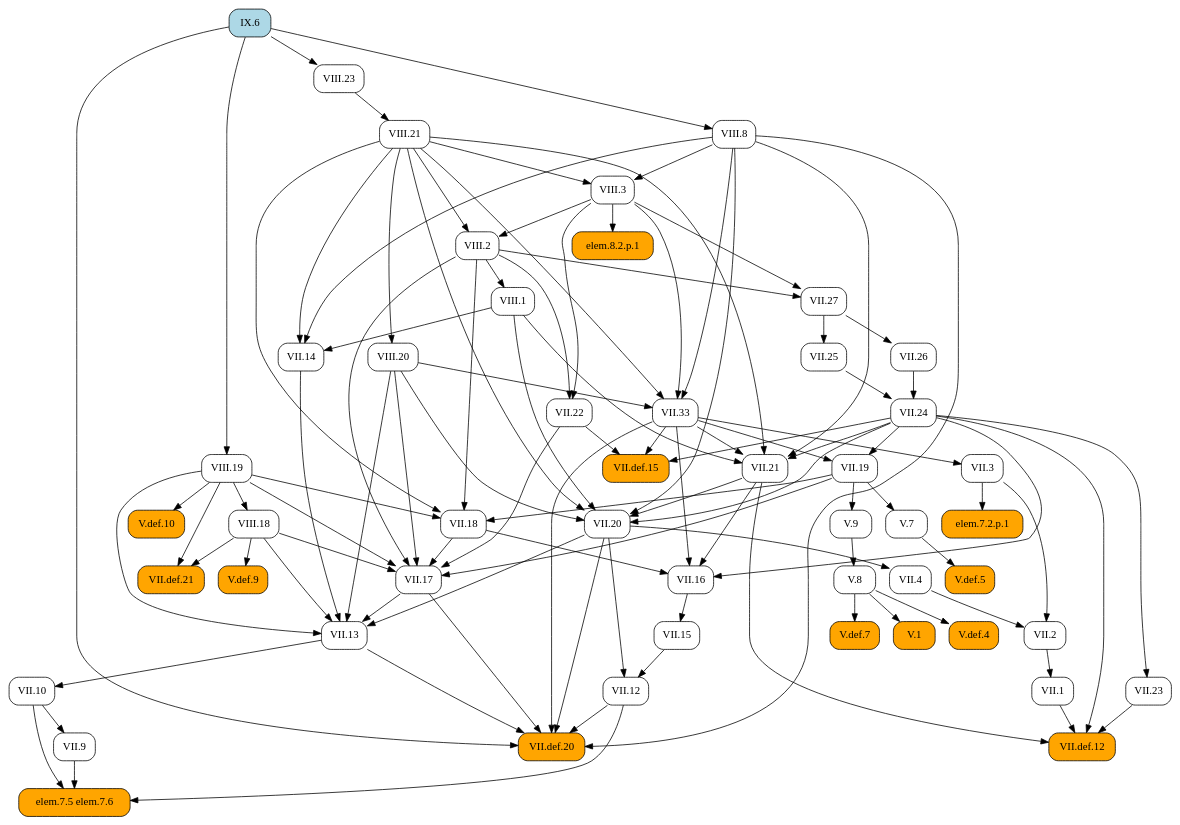
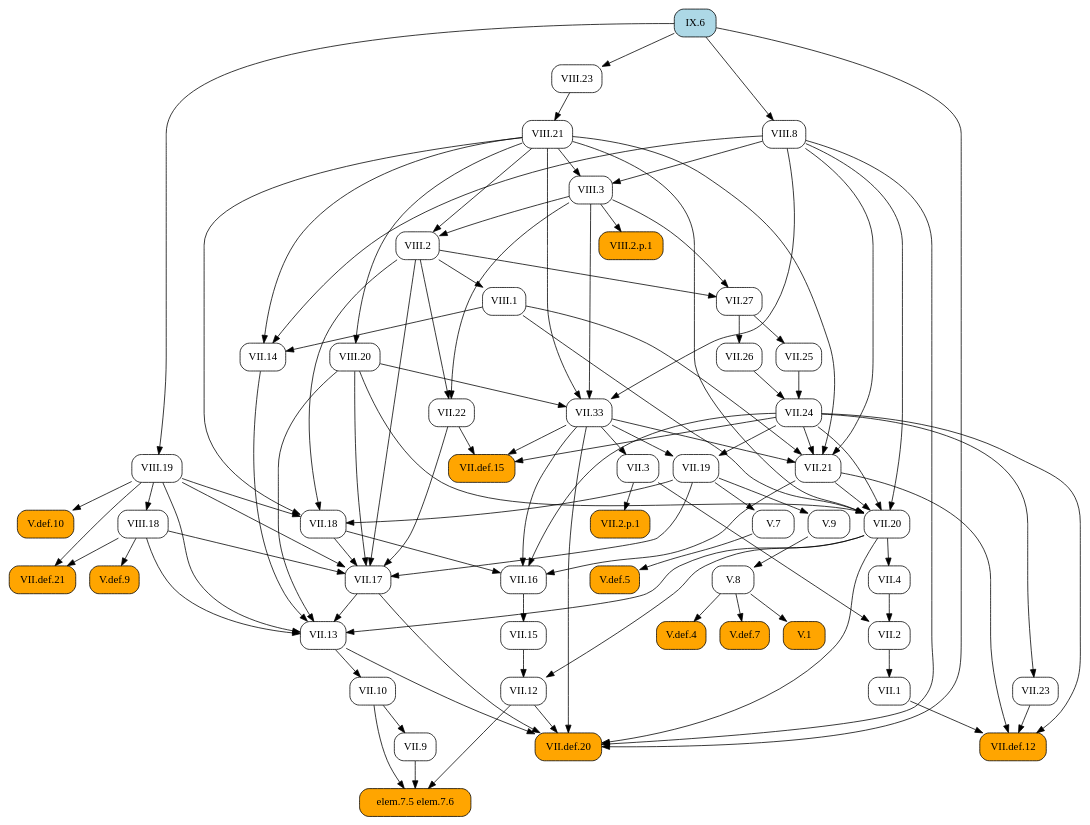
One commit to geometor/elements changed the diagram in docsrc/heath/IX/6/index.rst. Above: the diagram before and after it, drawn with Graphviz. The commit also changed 484 other files, not shown here.

```diff
--- a/docsrc/heath/IX/6/index.rst
+++ b/docsrc/heath/IX/6/index.rst
@@ -54,60 +54,96 @@
    digraph {
      rankdir="TB";
      node [shape=box, style=rounded];
-     "VII.1" [URL="/heath/VII/1/", target="_top"];
-     "V.def.10" [style="rounded,filled", fillcolor=orange, URL="/heath/V/def.10/", target="_top"];
+     "VII.33" [URL="/heath/VII/33/", target="_top"];
+     "VII.12" [URL="/heath/VII/12/", target="_top"];
+     "elem.7.5 elem.7.6" [style="rounded,filled", fillcolor=orange];
+     "VIII.20" [URL="/heath/VIII/20/", target="_top"];
      "VII.9" [URL="/heath/VII/9/", target="_top"];
+     "VIII.2" [URL="/heath/VIII/2/", target="_top"];
+     "VII.18" [URL="/heath/VII/18/", target="_top"];
+     "VII.16" [URL="/heath/VII/16/", target="_top"];
+     "V.7" [URL="/heath/V/7/", target="_top"];
+     "VII.26" [URL="/heath/VII/26/", target="_top"];
      "V.def.5" [style="rounded,filled", fillcolor=orange, URL="/heath/V/def.5/", target="_top"];
+     "V.9" [URL="/heath/V/9/", target="_top"];
+     "VIII.8" [URL="/heath/VIII/8/", target="_top"];
+     "VII.10" [URL="/heath/VII/10/", target="_top"];
+     "VIII.3" [URL="/heath/VIII/3/", target="_top"];
+     "VII.13" [URL="/heath/VII/13/", target="_top"];
+     "VIII.18" [URL="/heath/VIII/18/", target="_top"];
      "VIII.23" [URL="/heath/VIII/23/", target="_top"];
+     "VII.def.15" [style="rounded,filled", fillcolor=orange, URL="/heath/VII/def.15/", target="_top"];
+     "VIII.19" [URL="/heath/VIII/19/", target="_top"];
      "VII.17" [URL="/heath/VII/17/", target="_top"];
-     "VII.3" [URL="/heath/VII/3/", target="_top"];
-     "elem.7.5 elem.7.6" [style="rounded,filled", fillcolor=orange];
-     "VII.def.21" [style="rounded,filled", fillcolor=orange, URL="/heath/VII/def.21/", target="_top"];
+     "VII.19" [URL="/heath/VII/19/", target="_top"];
+     "VIII.2.p.1" [style="rounded,filled", fillcolor=orange];
+     "VII.2" [URL="/heath/VII/2/", target="_top"];
+     "VII.def.20" [style="rounded,filled", fillcolor=orange, URL="/heath/VII/def.20/", target="_top"];
+     "VII.2.p.1" [style="rounded,filled", fillcolor=orange];
+     "VII.15" [URL="/heath/VII/15/", target="_top"];
+     "V.def.4" [style="rounded,filled", fillcolor=orange, URL="/heath/V/def.4/", target="_top"];
+     "V.def.7" [style="rounded,filled", fillcolor=orange, URL="/heath/V/def.7/", target="_top"];
      "VIII.21" [URL="/heath/VIII/21/", target="_top"];
-     "V.7" [URL="/heath/V/7/", target="_top"];
-     "VIII.19" [URL="/heath/VIII/19/", target="_top"];
-     "V.9" [URL="/heath/V/9/", target="_top"];
-     "VII.13" [URL="/heath/VII/13/", target="_top"];
-     "VII.2" [URL="/heath/VII/2/", target="_top"];
-     "VIII.1" [URL="/heath/VIII/1/", target="_top"];
-     "VIII.2" [URL="/heath/VIII/2/", target="_top"];
-     "VII.12" [URL="/heath/VII/12/", target="_top"];
-     "VII.24" [URL="/heath/VII/24/", target="_top"];
-     "VII.def.12" [style="rounded,filled", fillcolor=orange, URL="/heath/VII/def.12/", target="_top"];
-     "V.8" [URL="/heath/V/8/", target="_top"];
-     "VII.33" [URL="/heath/VII/33/", target="_top"];
-     "V.def.9" [style="rounded,filled", fillcolor=orange, URL="/heath/V/def.9/", target="_top"];
-     "elem.7.2.p.1" [style="rounded,filled", fillcolor=orange];
-     "VIII.18" [URL="/heath/VIII/18/", target="_top"];
-     "VII.10" [URL="/heath/VII/10/", target="_top"];
-     "VII.def.15" [style="rounded,filled", fillcolor=orange, URL="/heath/VII/def.15/", target="_top"];
-     "VII.18" [URL="/heath/VII/18/", target="_top"];
-     "VII.19" [URL="/heath/VII/19/", target="_top"];
-     "VII.16" [URL="/heath/VII/16/", target="_top"];
-     "VII.26" [URL="/heath/VII/26/", target="_top"];
-     "VII.4" [URL="/heath/VII/4/", target="_top"];
-     "VII.25" [URL="/heath/VII/25/", target="_top"];
-     "VII.21" [URL="/heath/VII/21/", target="_top"];
-     "V.1" [style="rounded,filled", fillcolor=orange, URL="/heath/V/1/", target="_top"];
-     "IX.6" [style="rounded,filled", fillcolor=lightblue, URL="/heath/IX/6/", target="_top"];
-     "VII.20" [URL="/heath/VII/20/", target="_top"];
-     "VIII.8" [URL="/heath/VIII/8/", target="_top"];
      "VII.14" [URL="/heath/VII/14/", target="_top"];
      "VII.27" [URL="/heath/VII/27/", target="_top"];
-     "VIII.3" [URL="/heath/VIII/3/", target="_top"];
-     "V.def.4" [style="rounded,filled", fillcolor=orange, URL="/heath/V/def.4/", target="_top"];
+     "VII.21" [URL="/heath/VII/21/", target="_top"];
+     "V.def.10" [style="rounded,filled", fillcolor=orange, URL="/heath/V/def.10/", target="_top"];
      "VII.22" [URL="/heath/VII/22/", target="_top"];
-     "VIII.20" [URL="/heath/VIII/20/", target="_top"];
-     "V.def.7" [style="rounded,filled", fillcolor=orange, URL="/heath/V/def.7/", target="_top"];
+     "VIII.1" [URL="/heath/VIII/1/", target="_top"];
+     "VII.25" [URL="/heath/VII/25/", target="_top"];
+     "VII.1" [URL="/heath/VII/1/", target="_top"];
+     "V.8" [URL="/heath/V/8/", target="_top"];
      "VII.23" [URL="/heath/VII/23/", target="_top"];
-     "VII.15" [URL="/heath/VII/15/", target="_top"];
-     "VII.def.20" [style="rounded,filled", fillcolor=orange, URL="/heath/VII/def.20/", target="_top"];
-     "elem.8.2.p.1" [style="rounded,filled", fillcolor=orange];
-     "VII.2" -> "VII.1";
-     "VIII.19" -> "V.def.10";
+     "VII.4" [URL="/heath/VII/4/", target="_top"];
+     "VII.def.12" [style="rounded,filled", fillcolor=orange, URL="/heath/VII/def.12/", target="_top"];
+     "V.1" [style="rounded,filled", fillcolor=orange, URL="/heath/V/1/", target="_top"];
+     "V.def.9" [style="rounded,filled", fillcolor=orange, URL="/heath/V/def.9/", target="_top"];
+     "VII.3" [URL="/heath/VII/3/", target="_top"];
+     "VII.24" [URL="/heath/VII/24/", target="_top"];
+     "VII.20" [URL="/heath/VII/20/", target="_top"];
+     "VII.def.21" [style="rounded,filled", fillcolor=orange, URL="/heath/VII/def.21/", target="_top"];
+     "IX.6" [style="rounded,filled", fillcolor=lightblue, URL="/heath/IX/6/", target="_top"];
+     "VIII.3" -> "VII.33";
+     "VIII.8" -> "VII.33";
+     "VIII.20" -> "VII.33";
+     "VIII.21" -> "VII.33";
+     "VII.15" -> "VII.12";
+     "VII.20" -> "VII.12";
+     "VII.9" -> "elem.7.5 elem.7.6";
+     "VII.10" -> "elem.7.5 elem.7.6";
+     "VII.12" -> "elem.7.5 elem.7.6";
+     "VIII.21" -> "VIII.20";
      "VII.10" -> "VII.9";
+     "VIII.3" -> "VIII.2";
+     "VIII.21" -> "VIII.2";
+     "VII.19" -> "VII.18";
+     "VIII.2" -> "VII.18";
+     "VIII.19" -> "VII.18";
+     "VIII.21" -> "VII.18";
+     "VII.18" -> "VII.16";
+     "VII.21" -> "VII.16";
+     "VII.24" -> "VII.16";
+     "VII.33" -> "VII.16";
+     "VII.19" -> "V.7";
+     "VII.27" -> "VII.26";
      "V.7" -> "V.def.5";
+     "VII.19" -> "V.9";
+     "IX.6" -> "VIII.8";
+     "VII.13" -> "VII.10";
+     "VIII.8" -> "VIII.3";
+     "VIII.21" -> "VIII.3";
+     "VII.14" -> "VII.13";
+     "VII.17" -> "VII.13";
+     "VII.20" -> "VII.13";
+     "VIII.18" -> "VII.13";
+     "VIII.19" -> "VII.13";
+     "VIII.20" -> "VII.13";
+     "VIII.19" -> "VIII.18";
      "IX.6" -> "VIII.23";
+     "VII.22" -> "VII.def.15";
+     "VII.24" -> "VII.def.15";
+     "VII.33" -> "VII.def.15";
+     "IX.6" -> "VIII.19";
      "VII.18" -> "VII.17";
      "VII.19" -> "VII.17";
      "VII.22" -> "VII.17";
@@ -115,87 +151,11 @@
      "VIII.18" -> "VII.17";
      "VIII.19" -> "VII.17";
      "VIII.20" -> "VII.17";
-     "VII.33" -> "VII.3";
-     "VII.9" -> "elem.7.5 elem.7.6";
-     "VII.10" -> "elem.7.5 elem.7.6";
-     "VII.12" -> "elem.7.5 elem.7.6";
-     "VIII.18" -> "VII.def.21";
-     "VIII.19" -> "VII.def.21";
-     "VIII.23" -> "VIII.21";
-     "VII.19" -> "V.7";
-     "IX.6" -> "VIII.19";
-     "VII.19" -> "V.9";
-     "VII.14" -> "VII.13";
-     "VII.17" -> "VII.13";
-     "VII.20" -> "VII.13";
-     "VIII.18" -> "VII.13";
-     "VIII.19" -> "VII.13";
-     "VIII.20" -> "VII.13";
+     "VII.24" -> "VII.19";
+     "VII.33" -> "VII.19";
+     "VIII.3" -> "VIII.2.p.1";
      "VII.3" -> "VII.2";
      "VII.4" -> "VII.2";
-     "VIII.2" -> "VIII.1";
-     "VIII.3" -> "VIII.2";
-     "VIII.21" -> "VIII.2";
-     "VII.15" -> "VII.12";
-     "VII.20" -> "VII.12";
-     "VII.25" -> "VII.24";
-     "VII.26" -> "VII.24";
-     "VII.1" -> "VII.def.12";
-     "VII.21" -> "VII.def.12";
-     "VII.23" -> "VII.def.12";
-     "VII.24" -> "VII.def.12";
-     "V.9" -> "V.8";
-     "VIII.3" -> "VII.33";
-     "VIII.8" -> "VII.33";
-     "VIII.20" -> "VII.33";
-     "VIII.21" -> "VII.33";
-     "VIII.18" -> "V.def.9";
-     "VII.3" -> "elem.7.2.p.1";
-     "VIII.19" -> "VIII.18";
-     "VII.13" -> "VII.10";
-     "VII.22" -> "VII.def.15";
-     "VII.24" -> "VII.def.15";
-     "VII.33" -> "VII.def.15";
-     "VII.19" -> "VII.18";
-     "VIII.2" -> "VII.18";
-     "VIII.19" -> "VII.18";
-     "VIII.21" -> "VII.18";
-     "VII.24" -> "VII.19";
-     "VII.33" -> "VII.19";
-     "VII.18" -> "VII.16";
-     "VII.21" -> "VII.16";
-     "VII.24" -> "VII.16";
-     "VII.33" -> "VII.16";
-     "VII.27" -> "VII.26";
-     "VII.20" -> "VII.4";
-     "VII.27" -> "VII.25";
-     "VII.24" -> "VII.21";
-     "VII.33" -> "VII.21";
-     "VIII.1" -> "VII.21";
-     "VIII.8" -> "VII.21";
-     "VIII.21" -> "VII.21";
-     "V.8" -> "V.1";
-     "VII.21" -> "VII.20";
-     "VII.24" -> "VII.20";
-     "VIII.1" -> "VII.20";
-     "VIII.8" -> "VII.20";
-     "VIII.20" -> "VII.20";
-     "VIII.21" -> "VII.20";
-     "IX.6" -> "VIII.8";
-     "VIII.1" -> "VII.14";
-     "VIII.8" -> "VII.14";
-     "VIII.21" -> "VII.14";
-     "VIII.2" -> "VII.27";
-     "VIII.3" -> "VII.27";
-     "VIII.8" -> "VIII.3";
-     "VIII.21" -> "VIII.3";
-     "V.8" -> "V.def.4";
-     "VIII.2" -> "VII.22";
-     "VIII.3" -> "VII.22";
-     "VIII.21" -> "VIII.20";
-     "V.8" -> "V.def.7";
-     "VII.24" -> "VII.23";
-     "VII.16" -> "VII.15";
      "VII.12" -> "VII.def.20";
      "VII.13" -> "VII.def.20";
      "VII.17" -> "VII.def.20";
@@ -203,5 +163,45 @@
      "VII.33" -> "VII.def.20";
      "VIII.8" -> "VII.def.20";
      "IX.6" -> "VII.def.20";
-     "VIII.3" -> "elem.8.2.p.1";
+     "VII.3" -> "VII.2.p.1";
+     "VII.16" -> "VII.15";
+     "V.8" -> "V.def.4";
+     "V.8" -> "V.def.7";
+     "VIII.23" -> "VIII.21";
+     "VIII.1" -> "VII.14";
+     "VIII.8" -> "VII.14";
+     "VIII.21" -> "VII.14";
+     "VIII.2" -> "VII.27";
+     "VIII.3" -> "VII.27";
+     "VII.24" -> "VII.21";
+     "VII.33" -> "VII.21";
+     "VIII.1" -> "VII.21";
+     "VIII.8" -> "VII.21";
+     "VIII.21" -> "VII.21";
+     "VIII.19" -> "V.def.10";
+     "VIII.2" -> "VII.22";
+     "VIII.3" -> "VII.22";
+     "VIII.2" -> "VIII.1";
+     "VII.27" -> "VII.25";
+     "VII.2" -> "VII.1";
+     "V.9" -> "V.8";
+     "VII.24" -> "VII.23";
+     "VII.20" -> "VII.4";
+     "VII.1" -> "VII.def.12";
+     "VII.21" -> "VII.def.12";
+     "VII.23" -> "VII.def.12";
+     "VII.24" -> "VII.def.12";
+     "V.8" -> "V.1";
+     "VIII.18" -> "V.def.9";
+     "VII.33" -> "VII.3";
+     "VII.25" -> "VII.24";
+     "VII.26" -> "VII.24";
+     "VII.21" -> "VII.20";
+     "VII.24" -> "VII.20";
+     "VIII.1" -> "VII.20";
+     "VIII.8" -> "VII.20";
+     "VIII.20" -> "VII.20";
+     "VIII.21" -> "VII.20";
+     "VIII.18" -> "VII.def.21";
+     "VIII.19" -> "VII.def.21";
    }
```
